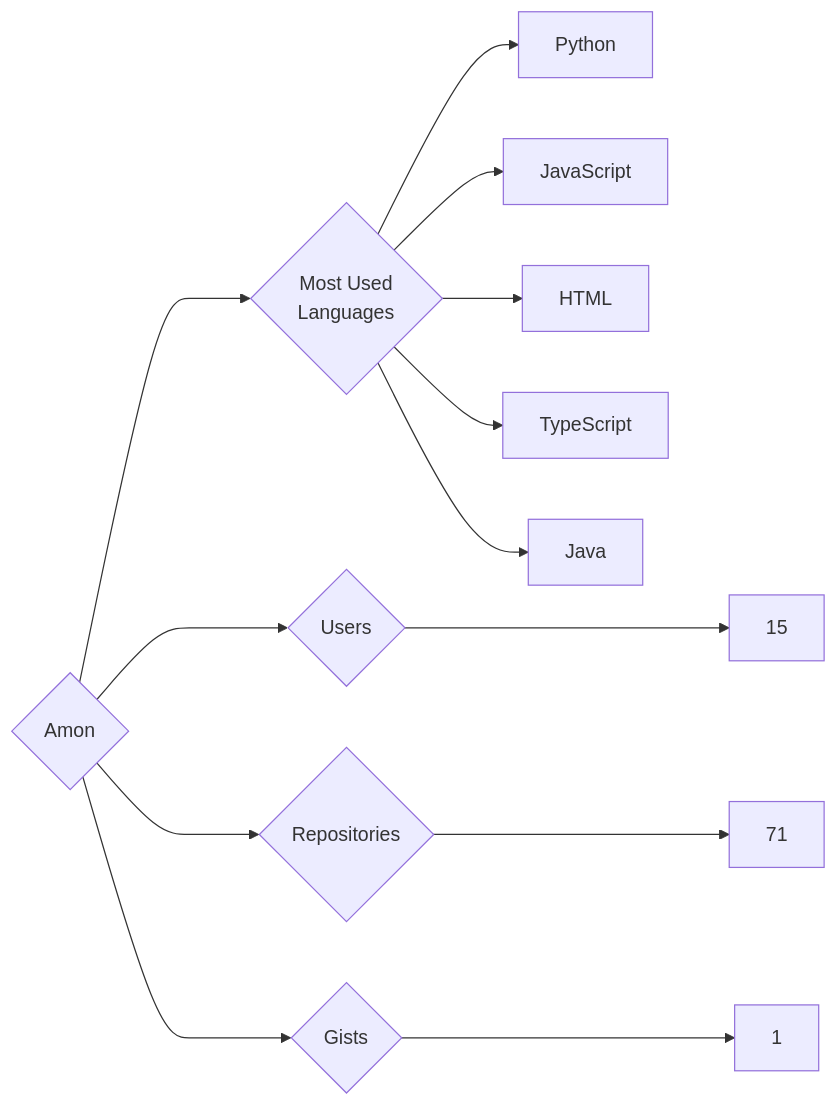
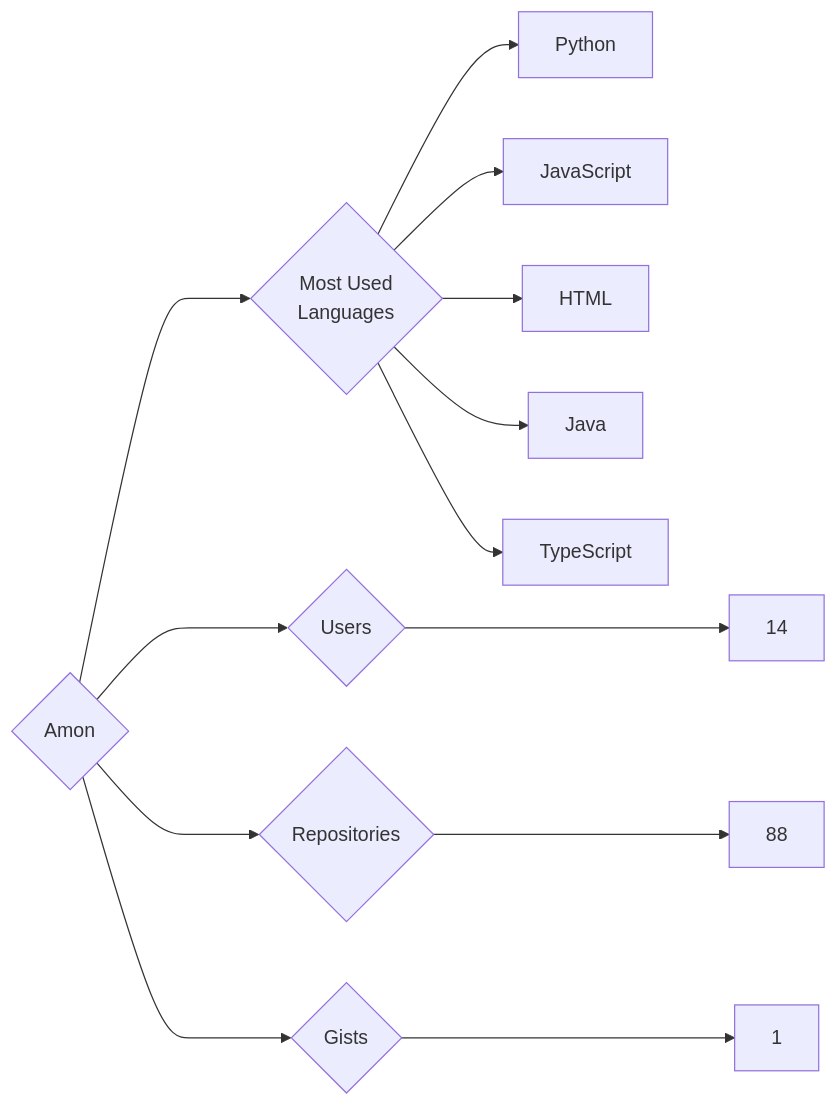
The diagram in targets/Amon/README.md (trickest/insiders), drawn with Mermaid before and after one commit. The commit also changed 799 other files, not shown here.

````diff
--- a/targets/Amon/README.md
+++ b/targets/Amon/README.md
@@ -3,13 +3,13 @@
 ```mermaid
 graph LR
 COMPANY_NAME{Amon}
-COMPANY_NAME ---> U{Users} ---> UN[15]
-COMPANY_NAME ---> R{Repositories} ---> RN[71]
+COMPANY_NAME ---> U{Users} ---> UN[14]
+COMPANY_NAME ---> R{Repositories} ---> RN[88]
 COMPANY_NAME ---> G{Gists} ---> GN[1]
 COMPANY_NAME ---> ML{Most Used<br>Languages}
 ML --> Python[Python]
 ML --> JavaScript[JavaScript]
 ML --> HTML[HTML]
+ML --> Java[Java]
 ML --> TypeScript[TypeScript]
-ML --> Java[Java]
 ```
````
